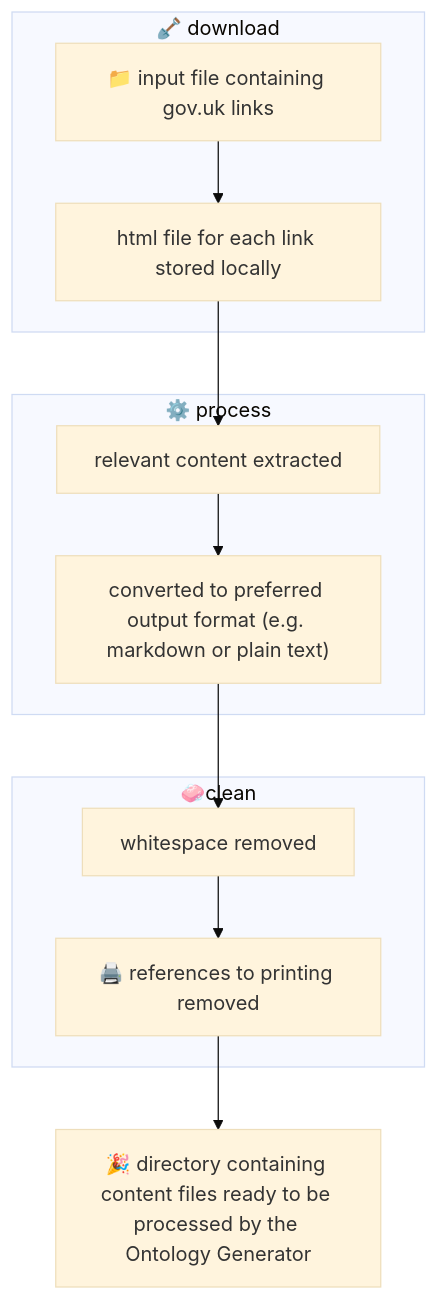
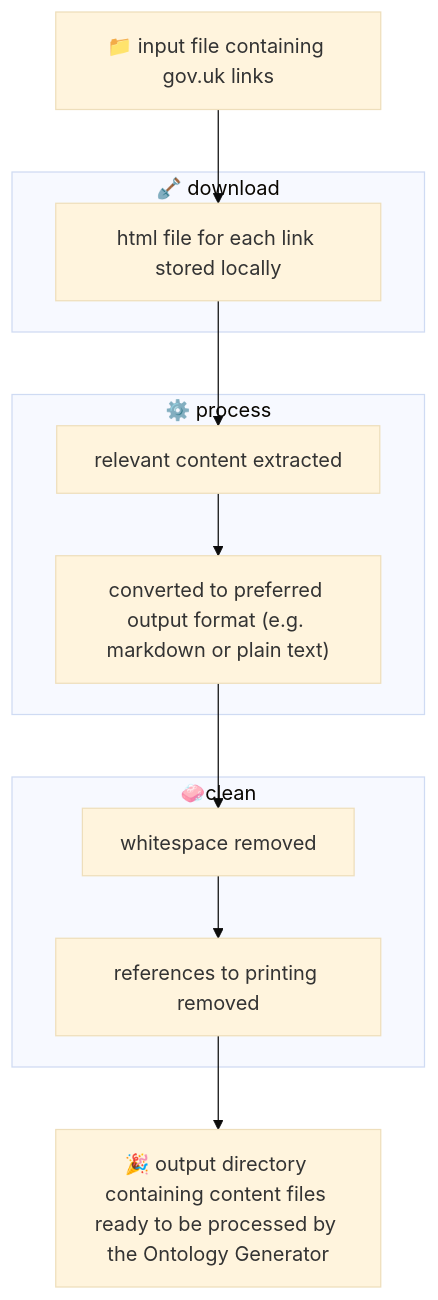
The diagram in scripts/ingestion/README.md (alphagov/govuk-ai-accelerator), drawn with Mermaid (base theme) before and after one commit.

Commit message:
Update README.md diagram

````diff
--- a/scripts/ingestion/README.md
+++ b/scripts/ingestion/README.md
@@ -7,15 +7,16 @@
 ```mermaid
 flowchart TB
     c2-->b1
     b2-->a1
-    a2-->d1["🎉 directory containing content files ready to be processed by the Ontology Generator"]
+    c1["📁 input file containing gov.uk links"]-->c2
+    a2-->d1["🎉 output directory containing content files ready to be processed by the Ontology Generator"]
     subgraph "🧼clean"
-    a1["whitespace removed"]-->a2["🖨️ references to printing removed"]
+    a1["whitespace removed"]-->a2["references to printing removed"]
     end
     subgraph "⚙️ process"
     b1["relevant content extracted"]-->b2["converted to preferred output format (e.g. markdown or plain text)"]
     end
     subgraph "🪏 download"
-    c1["📁 input file containing gov.uk links"]-->c2["html file for each link stored locally"]
+    c2["html file for each link stored locally"]
     end
 ```
````
